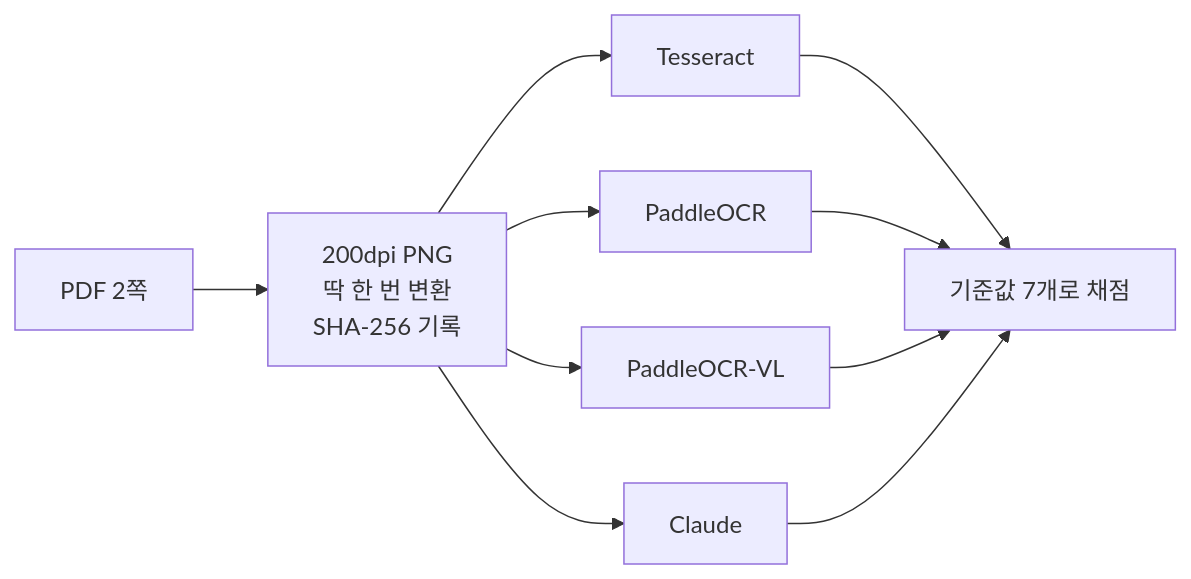
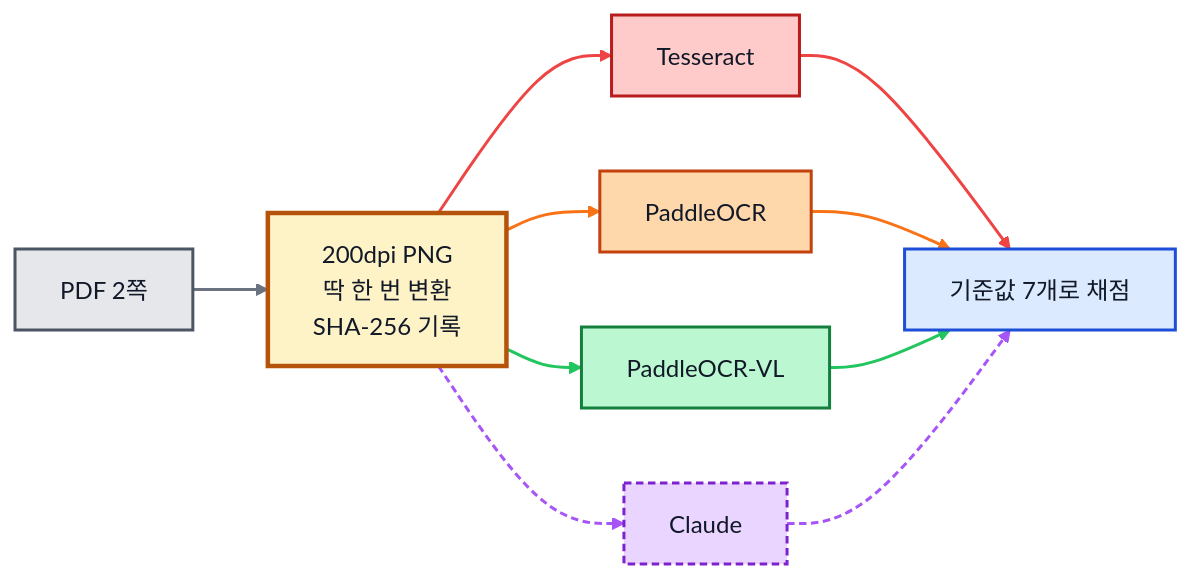
The first of 2 diagrams in src/content/blog/day15-ocr-four-eyes.md (rome777/blog), drawn with Mermaid before and after one commit. The commit also changed other lines of this file, not shown here.

Commit message:
style: OCR 비교 포스트의 다이어그램에 색 입히기
도구마다 색을 정하고 두 다이어그램에 같은 색을 써서, 위 그림의
초록 상자와 아래 분기도의 초록 상자가 같은 도구임을 알 수 있게 했다.

- Tesseract 빨강 / PaddleOCR 주황 / PaddleOCR-VL 초록 / Claude 보라
- 공유 입력 PNG 는 굵은 테두리 노랑 - 비교의 기준점이라서
- 외부 전송 경로(Claude)만 점선 - 데이터가 나가는 곳을 눈에 띄게
- 노드는 밝은 파스텔에 어두운 글자로 두어 라이트·다크 양쪽에서 읽힌다

````diff
--- a/src/content/blog/day15-ocr-four-eyes.md
+++ b/src/content/blog/day15-ocr-four-eyes.md
@@ -20,12 +20,34 @@
 ```mermaid
 flowchart LR
     PDF["PDF 2쪽"] --> PNG["200dpi PNG<br/>딱 한 번 변환<br/>SHA-256 기록"]
     PNG --> T["Tesseract"]
     PNG --> P["PaddleOCR"]
     PNG --> V["PaddleOCR-VL"]
     PNG --> C["Claude"]
     T --> R["기준값 7개로 채점"]
     P --> R
     V --> R
     C --> R
+
+    classDef src fill:#e5e7eb,stroke:#4b5563,stroke-width:2px,color:#111827
+    classDef key fill:#fef3c7,stroke:#b45309,stroke-width:3px,color:#111827
+    classDef tess fill:#fecaca,stroke:#b91c1c,stroke-width:2px,color:#111827
+    classDef padd fill:#fed7aa,stroke:#c2410c,stroke-width:2px,color:#111827
+    classDef docvlm fill:#bbf7d0,stroke:#15803d,stroke-width:2px,color:#111827
+    classDef gvlm fill:#e9d5ff,stroke:#7e22ce,stroke-width:2px,stroke-dasharray:5 3,color:#111827
+    classDef score fill:#dbeafe,stroke:#1d4ed8,stroke-width:2px,color:#111827
+
+    class PDF src
+    class PNG key
+    class T tess
+    class P padd
+    class V docvlm
+    class C gvlm
+    class R score
+
+    linkStyle 0 stroke:#6b7280,stroke-width:2px
+    linkStyle 1,5 stroke:#ef4444,stroke-width:2px
+    linkStyle 2,6 stroke:#f97316,stroke-width:2px
+    linkStyle 3,7 stroke:#22c55e,stroke-width:2px
+    linkStyle 4,8 stroke:#a855f7,stroke-width:2px,stroke-dasharray:5 3
 ```
````
